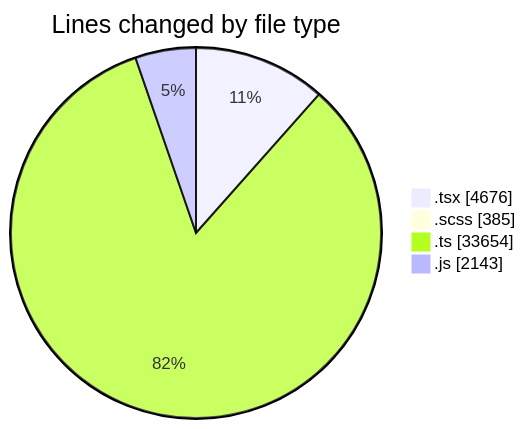
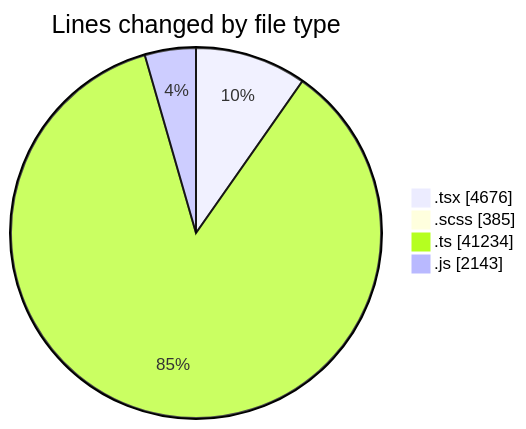
One commit to momahboobian/code-tracking changed the first of 2 diagrams in 2025-06-17/cda/README.md. Above: the diagram before and after it, drawn with Mermaid. The commit also changed other lines of this file and 1 other file, not shown here.

````diff
--- a/2025-06-17/cda/README.md
+++ b/2025-06-17/cda/README.md
@@ -50,8 +50,8 @@
 ```mermaid
 pie showData
 title Lines changed by file type
 ".tsx" : 4676
 ".scss" : 385
-".ts" : 33654
+".ts" : 41234
 ".js" : 2143
 ```
````
